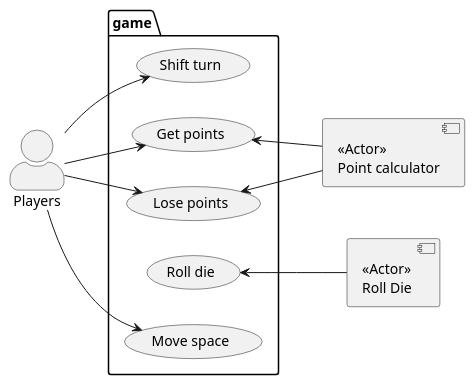
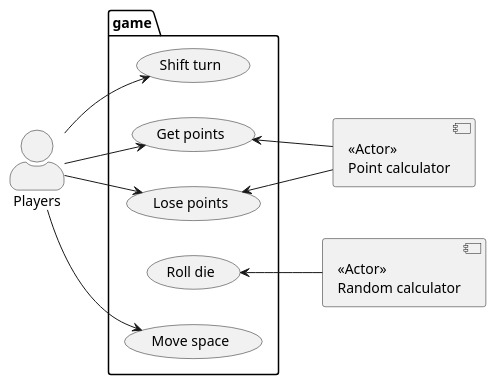
The diagram in src/UseCaseDiagramV1.puml (Jakob-SA/CDIO-2), drawn with PlantUML before and after one commit.

Commit message:
UseCaseDiagram V2

```diff
--- a/src/UseCaseDiagramV1.puml
+++ b/src/UseCaseDiagramV1.puml
@@ -1,21 +1,21 @@
 @startuml
 skinparam actorStyle awesome
 
 package game {
 (Roll die)
 (Move space)
 (Shift turn)
 (Get points)
 (Lose points)
 }
 left to right direction
 Players --> (Move space)
 Players -> (Shift turn)
 Players -> (Get points)
 Players -> (Lose points)
 
 
 (Get points) <-- [<<Actor>> \nPoint calculator]
 [<<Actor>> \nPoint calculator] --> (Lose points)
-(Roll die) <-- [<<Actor>> \nRoll Die]
+(Roll die) <-- [<<Actor>> \nRandom calculator]
 @enduml
```
